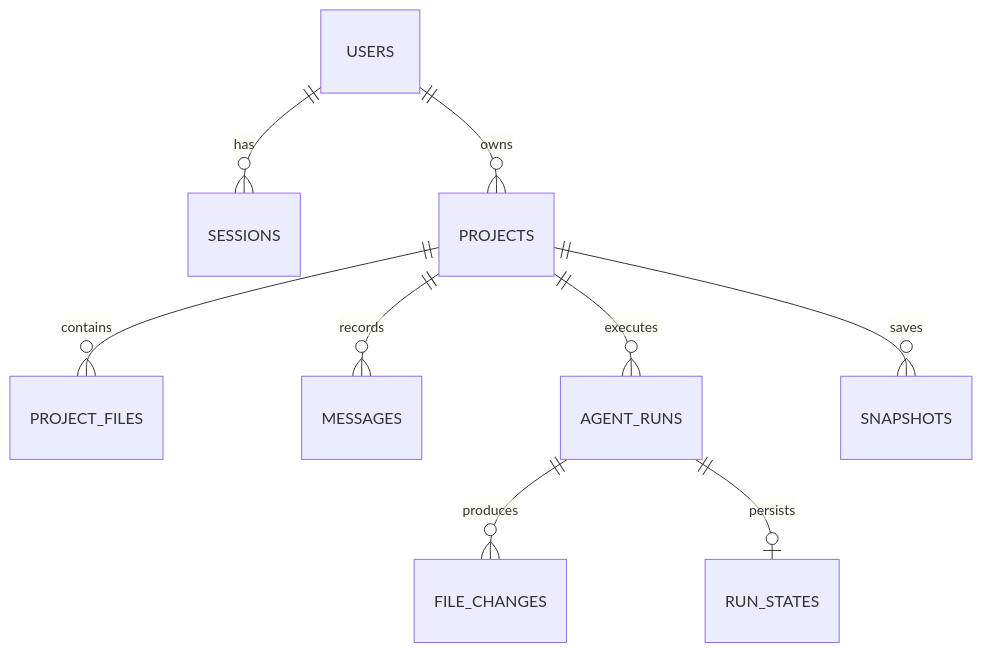
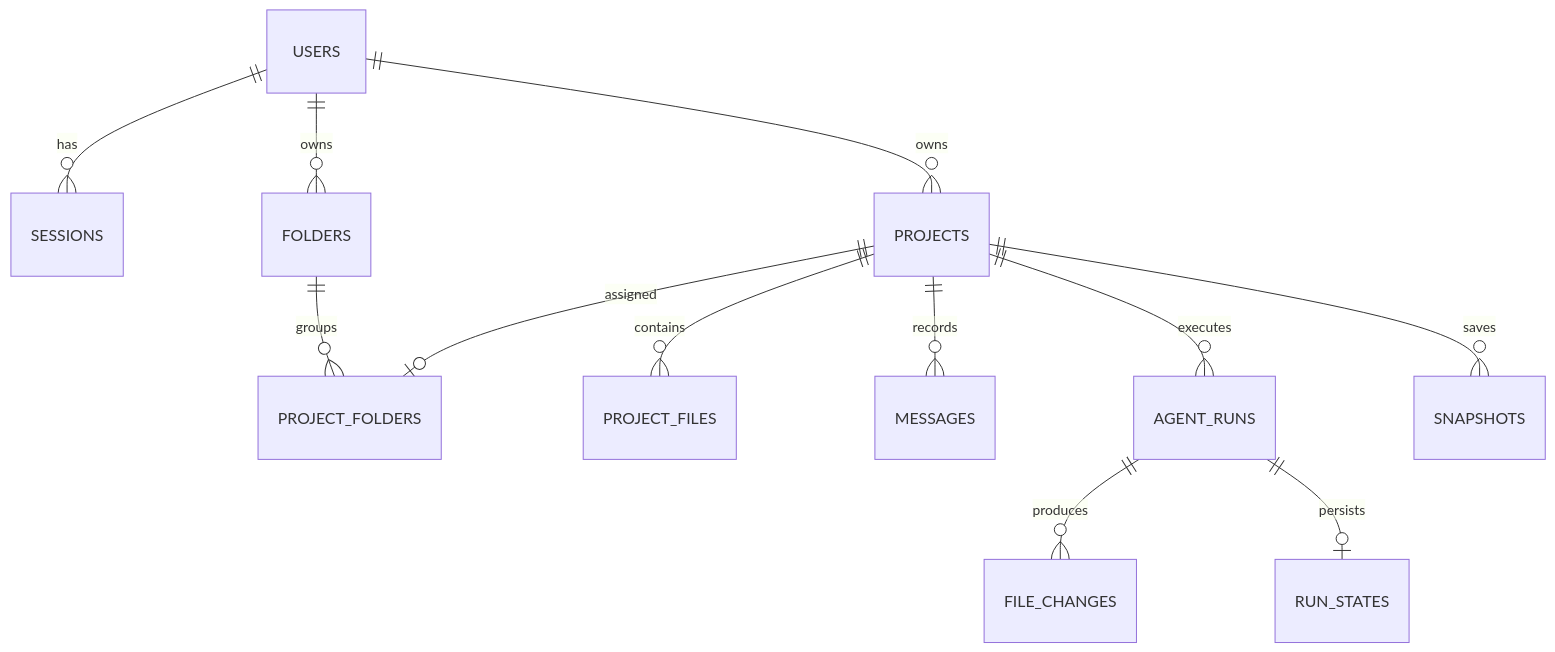
The second of 2 diagrams in requirements.md (BLG-V/stars-demo), drawn with Mermaid before and after one commit. The commit also changed other lines of this file and 47 other files, not shown here.

````diff
--- a/requirements.md
+++ b/requirements.md
@@ -211,11 +218,14 @@
 ```mermaid
 erDiagram
     USERS ||--o{ SESSIONS : has
     USERS ||--o{ PROJECTS : owns
+    USERS ||--o{ FOLDERS : owns
+    FOLDERS ||--o{ PROJECT_FOLDERS : groups
+    PROJECTS ||--o| PROJECT_FOLDERS : assigned
     PROJECTS ||--o{ PROJECT_FILES : contains
     PROJECTS ||--o{ MESSAGES : records
     PROJECTS ||--o{ AGENT_RUNS : executes
     PROJECTS ||--o{ SNAPSHOTS : saves
     AGENT_RUNS ||--o{ FILE_CHANGES : produces
     AGENT_RUNS ||--o| RUN_STATES : persists
 ```
````
